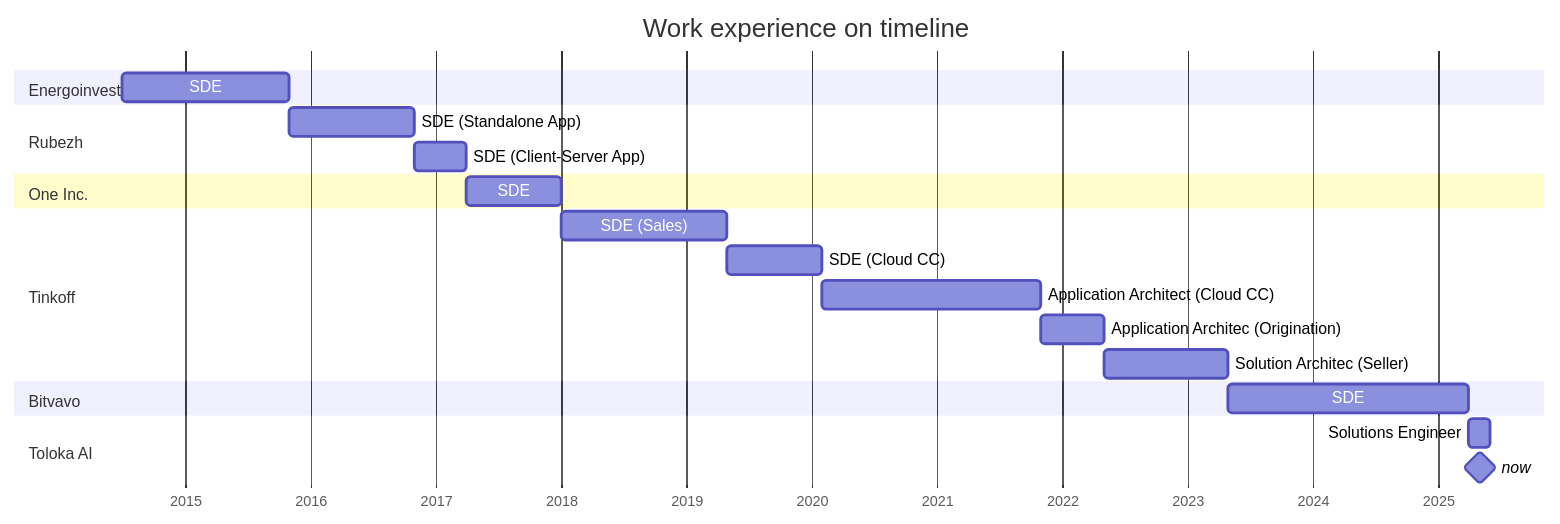
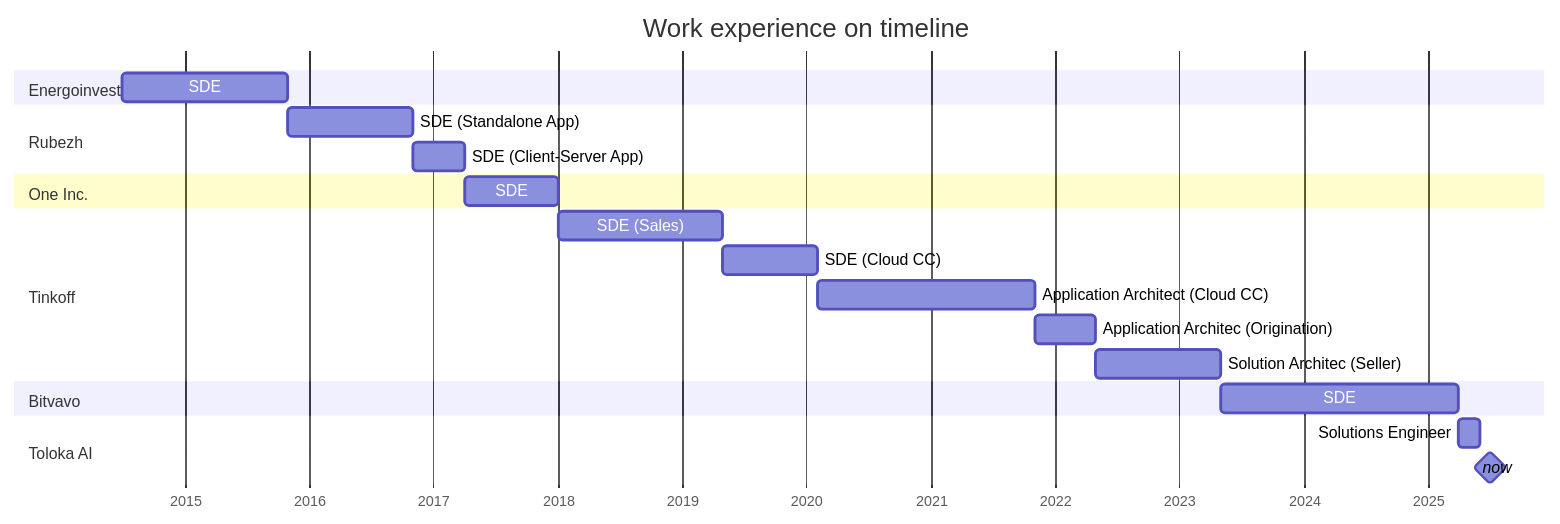
One commit to vladar107/vladar107 changed the diagram in cv.md. Above: the diagram before and after it, drawn with Mermaid.

````diff
--- a/cv.md
+++ b/cv.md
@@ -26,31 +26,31 @@
 ```mermaid
 gantt
     title Work experience on timeline
     dateFormat  YYYY-MM
     axisFormat  %Y
     todayMarker stroke-width:5px, opacity:0.75
     
     section Energoinvest
     SDE                                 :sd1, 2014-07, 2015-11
     
     section Rubezh
     SDE (Standalone App)                :sd2, after sd1, 2016-11
     SDE (Client-Server App)             :sd3, after sd2, 2017-04
     
     section One Inc.
     SDE                                 :sd4, after sd3, 2018-01
     
     section Tinkoff
     SDE (Sales)                         :sd5, after sd4, 2019-05
     SDE (Cloud CC)                      :sd6, after sd5, 2020-02
     Application Architect (Cloud CC)    :tl1, after sd6, 2021-11
     Application Architec (Origination)  :tl2, after tl1, 2022-05
     Solution Architec (Seller)          :tl3, after tl2, 2023-05
 
     section Bitvavo
     SDE                                 :sd7, after tl3, 2025-04
 
     section Toloka AI
     Solutions Engineer                  :se1, after sd7, 2025-06
-    now                                 :milestone, 2025-05, 1s
+    now                                 :milestone, 2025-07, 1s
 ```
````
